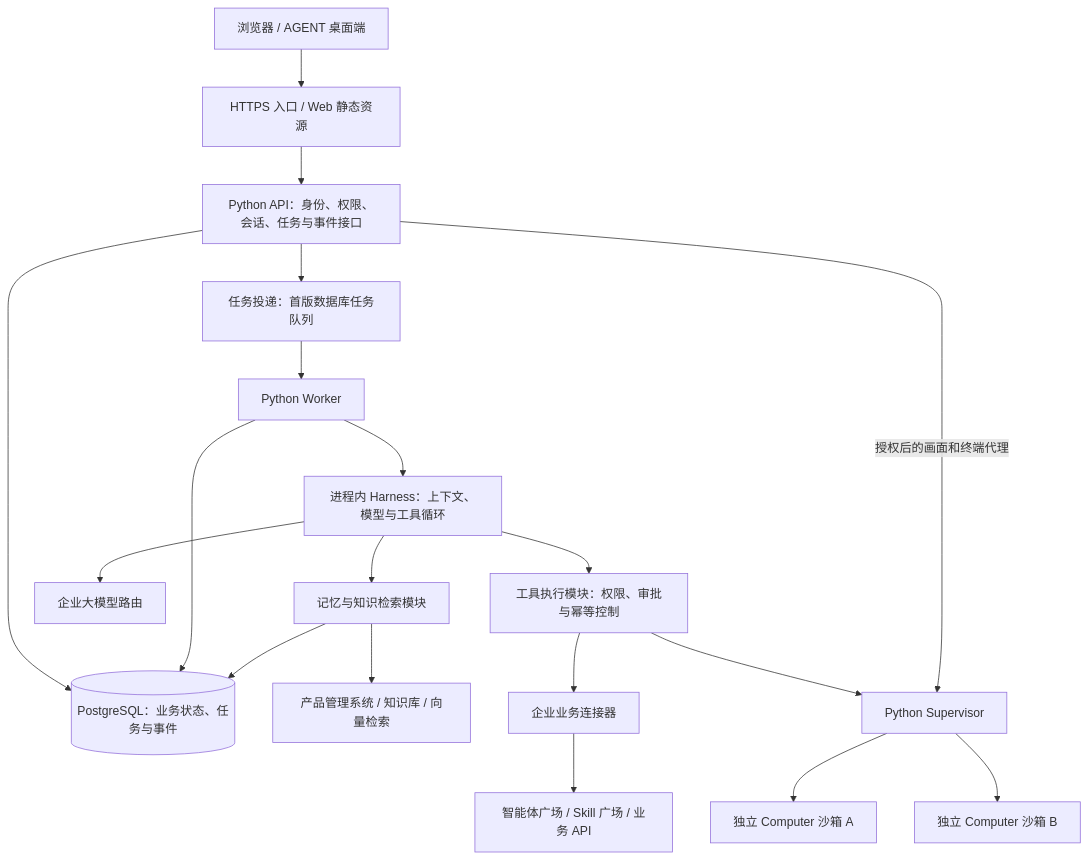
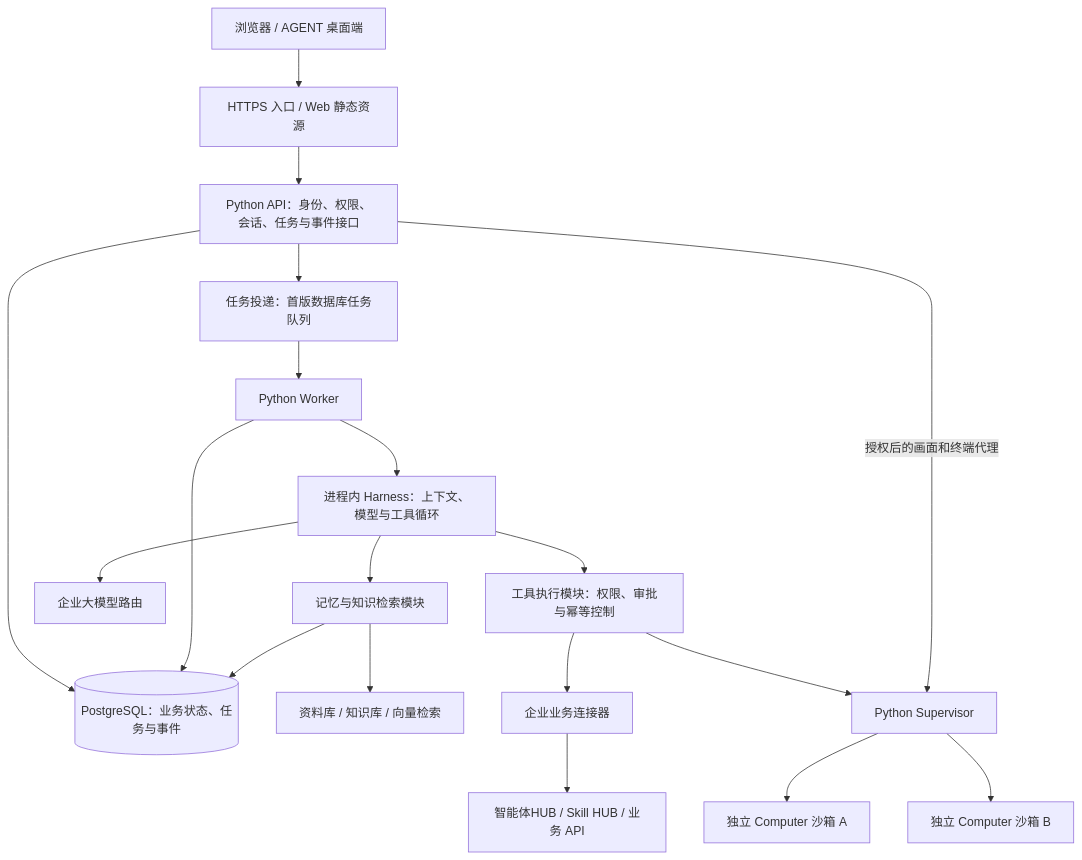
One commit to bundigit9527/AgentForge changed the second of 5 diagrams in docs/architecture.md. Above: the diagram before and after it, drawn with Mermaid. The commit also changed other lines of this file and 16 other files, not shown here.

````diff
--- a/docs/architecture.md
+++ b/docs/architecture.md
@@ -45,21 +45,21 @@
 ```mermaid
 flowchart TB
     CLIENT["浏览器 / AGENT 桌面端"] --> EDGE["HTTPS 入口 / Web 静态资源"]
     EDGE --> API["Python API：身份、权限、会话、任务与事件接口"]
     API --> PG[("PostgreSQL：业务状态、任务与事件")]
     API --> QUEUE["任务投递：首版数据库任务队列"]
     QUEUE --> WORKER["Python Worker"]
     WORKER --> HARNESS["进程内 Harness：上下文、模型与工具循环"]
     WORKER --> PG
     HARNESS --> MEMORY["记忆与知识检索模块"]
     MEMORY --> PG
-    MEMORY --> KNOWLEDGE["产品管理系统 / 知识库 / 向量检索"]
+    MEMORY --> KNOWLEDGE["资料库 / 知识库 / 向量检索"]
     HARNESS --> MODEL["企业大模型路由"]
     HARNESS --> TOOLS["工具执行模块：权限、审批与幂等控制"]
     TOOLS --> CONNECTOR["企业业务连接器"]
-    CONNECTOR --> ASSETS["智能体广场 / Skill 广场 / 业务 API"]
+    CONNECTOR --> ASSETS["智能体HUB / Skill HUB / 业务 API"]
     TOOLS --> SUPERVISOR["Python Supervisor"]
     SUPERVISOR --> SB1["独立 Computer 沙箱 A"]
     SUPERVISOR --> SB2["独立 Computer 沙箱 B"]
     API -->|授权后的画面和终端代理| SUPERVISOR
 ```
````
